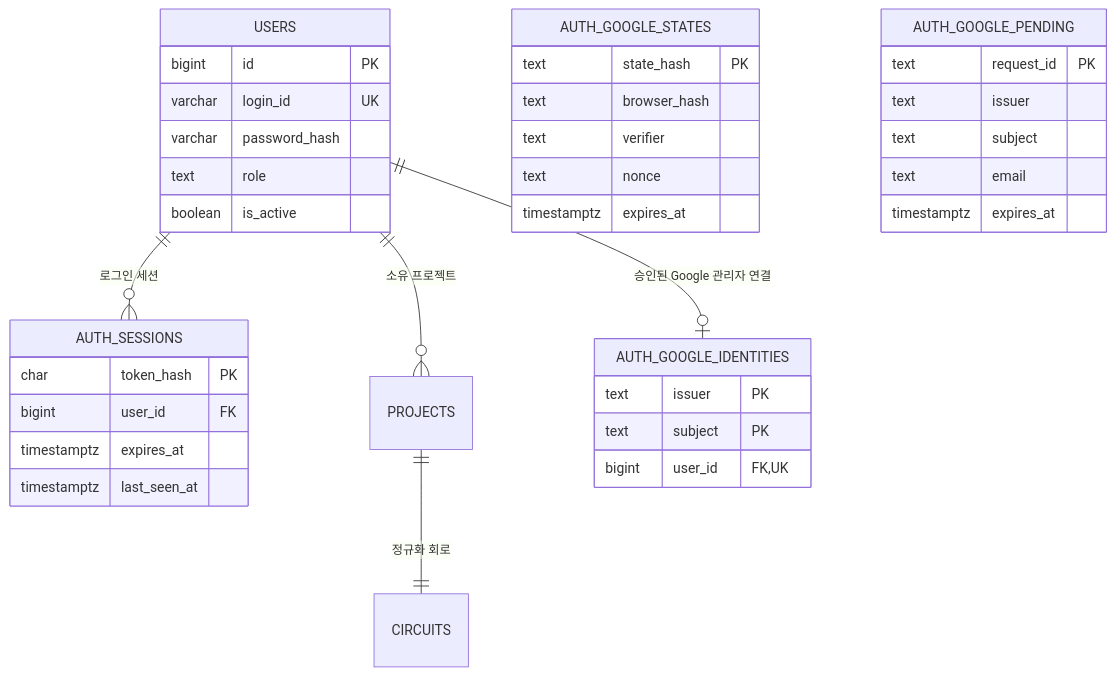
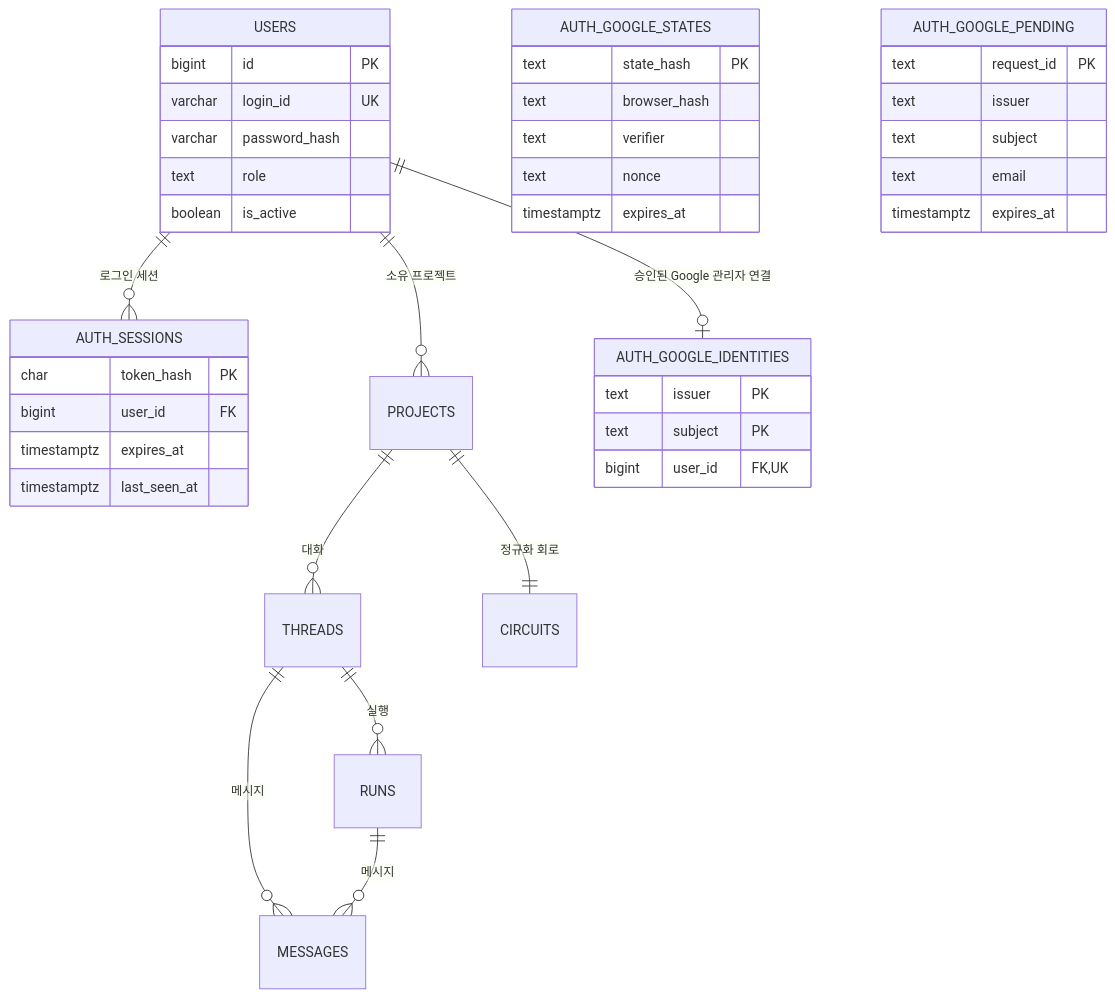
Before and after one commit to HJU5022/SojaFit: the diagram in db/schema/erd.md, drawn with Mermaid. The commit also changed other lines of this file and 17 other files, not shown here.

````diff
--- a/db/schema/erd.md
+++ b/db/schema/erd.md
@@ -11,40 +11,44 @@
 ```mermaid
 erDiagram
     USERS ||--o{ AUTH_SESSIONS : "로그인 세션"
     USERS ||--o{ PROJECTS : "소유 프로젝트"
+    PROJECTS ||--o{ THREADS : "대화"
+    THREADS ||--o{ RUNS : "실행"
+    THREADS ||--o{ MESSAGES : "메시지"
+    RUNS ||--o{ MESSAGES : "메시지"
     PROJECTS ||--|| CIRCUITS : "정규화 회로"
     USERS ||--o| AUTH_GOOGLE_IDENTITIES : "승인된 Google 관리자 연결"
 
     USERS {
         bigint id PK
         varchar login_id UK
         varchar password_hash
         text role
         boolean is_active
     }
     AUTH_SESSIONS {
         char token_hash PK
         bigint user_id FK
         timestamptz expires_at
         timestamptz last_seen_at
     }
     AUTH_GOOGLE_STATES {
         text state_hash PK
         text browser_hash
         text verifier
         text nonce
         timestamptz expires_at
     }
     AUTH_GOOGLE_PENDING {
         text request_id PK
         text issuer
         text subject
         text email
         timestamptz expires_at
     }
     AUTH_GOOGLE_IDENTITIES {
         text issuer PK
         text subject PK
         bigint user_id FK, UK
     }
 ```
````
